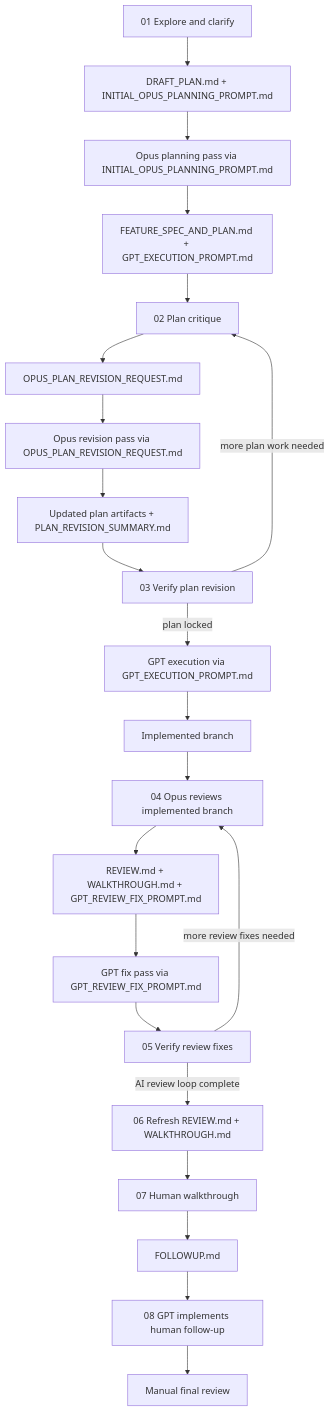
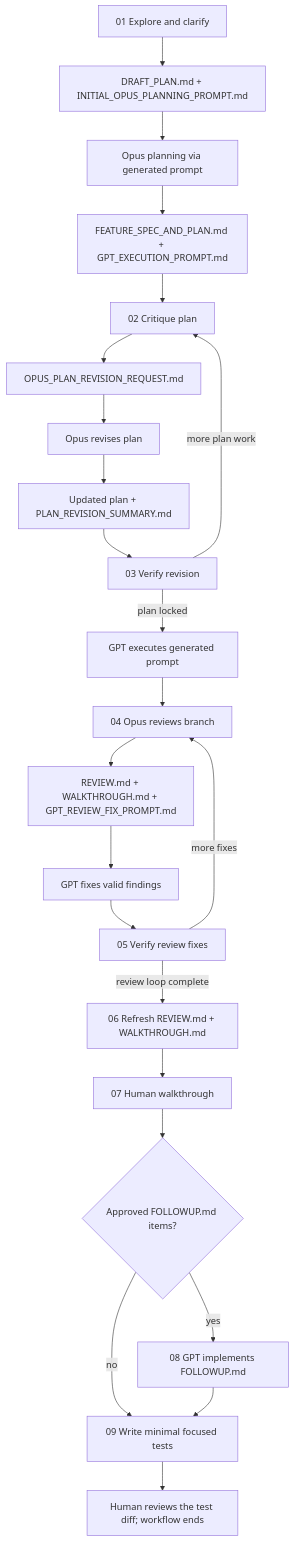
One commit to viseshrp/ai-coding-workflow changed the diagram in README.md. Above: the diagram before and after it, drawn with Mermaid. The commit also changed other lines of this file and 11 other files, not shown here.

````diff
--- a/README.md
+++ b/README.md
@@ -220,24 +9,25 @@
 ```mermaid
 flowchart TD
     A["01 Explore and clarify"] --> B["DRAFT_PLAN.md + INITIAL_OPUS_PLANNING_PROMPT.md"]
-    B --> C["Opus planning pass via INITIAL_OPUS_PLANNING_PROMPT.md"]
+    B --> C["Opus planning via generated prompt"]
     C --> D["FEATURE_SPEC_AND_PLAN.md + GPT_EXECUTION_PROMPT.md"]
-    D --> E["02 Plan critique"]
+    D --> E["02 Critique plan"]
     E --> F["OPUS_PLAN_REVISION_REQUEST.md"]
-    F --> G["Opus revision pass via OPUS_PLAN_REVISION_REQUEST.md"]
-    G --> H["Updated plan artifacts + PLAN_REVISION_SUMMARY.md"]
-    H --> I["03 Verify plan revision"]
-    I -- "more plan work needed" --> E
-    I -- "plan locked" --> J["GPT execution via GPT_EXECUTION_PROMPT.md"]
-    J --> K["Implemented branch"]
-    K --> L["04 Opus reviews implemented branch"]
-    L --> M["REVIEW.md + WALKTHROUGH.md + GPT_REVIEW_FIX_PROMPT.md"]
-    M --> N["GPT fix pass via GPT_REVIEW_FIX_PROMPT.md"]
-    N --> O["05 Verify review fixes"]
-    O -- "more review fixes needed" --> L
-    O -- "AI review loop complete" --> P["06 Refresh REVIEW.md + WALKTHROUGH.md"]
-    P --> Q["07 Human walkthrough"]
-    Q --> R["FOLLOWUP.md"]
-    R --> S["08 GPT implements human follow-up"]
-    S --> T["Manual final review"]
+    F --> G["Opus revises plan"]
+    G --> H["Updated plan + PLAN_REVISION_SUMMARY.md"]
+    H --> I["03 Verify revision"]
+    I -- "more plan work" --> E
+    I -- "plan locked" --> J["GPT executes generated prompt"]
+    J --> K["04 Opus reviews branch"]
+    K --> L["REVIEW.md + WALKTHROUGH.md + GPT_REVIEW_FIX_PROMPT.md"]
+    L --> M["GPT fixes valid findings"]
+    M --> N["05 Verify review fixes"]
+    N -- "more fixes" --> K
+    N -- "review loop complete" --> O["06 Refresh REVIEW.md + WALKTHROUGH.md"]
+    O --> P["07 Human walkthrough"]
+    P --> Q{"Approved FOLLOWUP.md items?"}
+    Q -- "yes" --> R["08 GPT implements FOLLOWUP.md"]
+    Q -- "no" --> S["09 Write minimal focused tests"]
+    R --> S
+    S --> T["Human reviews the test diff; workflow ends"]
 ```
````
